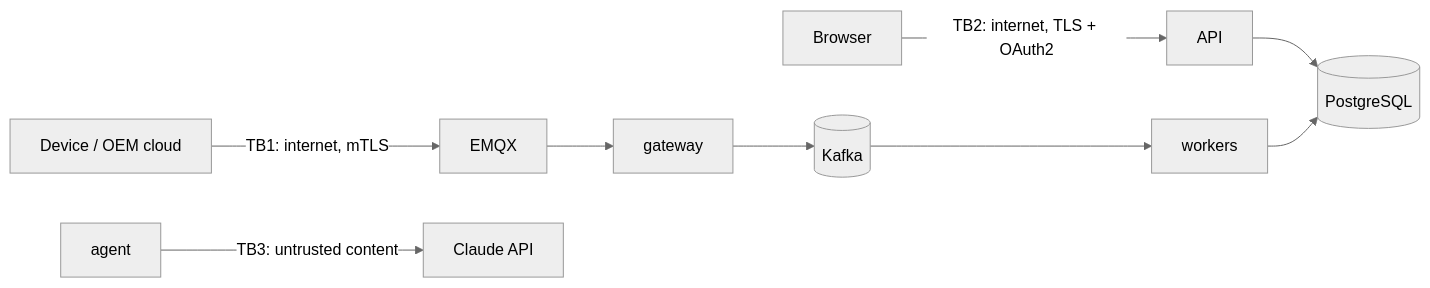
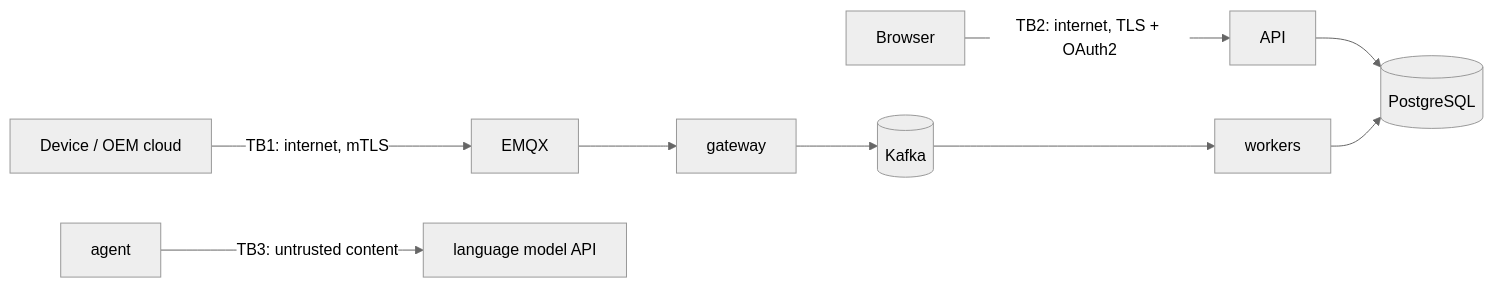
The diagram in docs/security/threat-model.md (bhanu-prakash920/rosetta), drawn with Mermaid (neutral theme) before and after one commit. The commit also changed 21 other files, not shown here.

First line of the commit message:
Let any supported model drive the agent, not only Claude

````diff
--- a/docs/security/threat-model.md
+++ b/docs/security/threat-model.md
@@ -9,7 +9,7 @@
 ```mermaid
 flowchart LR
     D[Device / OEM cloud] -- TB1: internet, mTLS --> M[EMQX] --> G[gateway] --> K[(Kafka)]
     B[Browser] -- TB2: internet, TLS + OAuth2 --> A[API] --> PG[(PostgreSQL)]
     K --> W[workers] --> PG
-    AG[agent] -- TB3: untrusted content --> LLM[Claude API]
+    AG[agent] -- TB3: untrusted content --> LLM[language model API]
 ```
````
